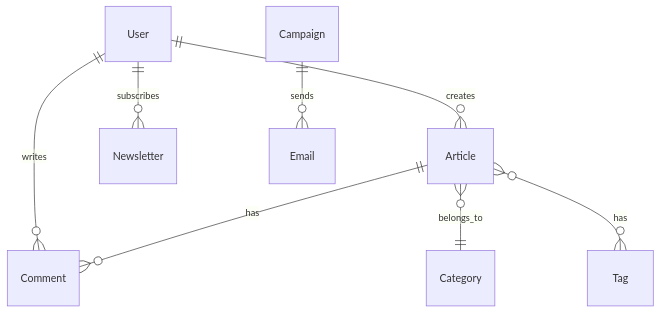
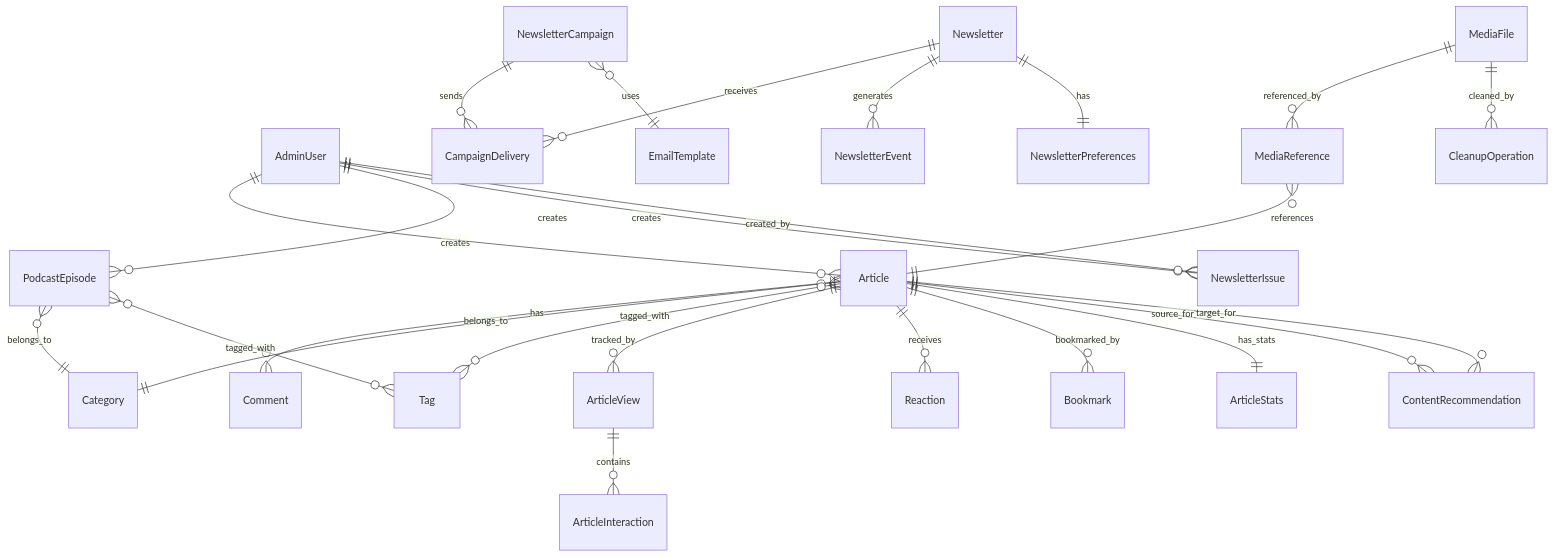
Before and after one commit to timektt/superbear_blog: the first of 3 diagrams in README.md, drawn with Mermaid. The commit also changed other lines of this file and 58 other files, not shown here.

````diff
--- a/README.md
+++ b/README.md
@@ -186,10 +280,40 @@
 ```mermaid
 erDiagram
-    User ||--o{ Article : creates
-    User ||--o{ Comment : writes
+    %% Core Content Models
     Article ||--o{ Comment : has
     Article }o--|| Category : belongs_to
-    Article }o--o{ Tag : has
-    User ||--o{ Newsletter : subscribes
-    Campaign ||--o{ Email : sends
+    Article }o--o{ Tag : tagged_with
+    Article ||--o{ ArticleView : tracked_by
+    Article ||--o{ Reaction : receives
+    Article ||--o{ Bookmark : bookmarked_by
+    
+    %% User & Auth Models
+    AdminUser ||--o{ Article : creates
+    AdminUser ||--o{ PodcastEpisode : creates
+    AdminUser ||--o{ NewsletterIssue : creates
+    
+    %% Newsletter & Campaign System
+    Newsletter ||--o{ CampaignDelivery : receives
+    NewsletterCampaign ||--o{ CampaignDelivery : sends
+    NewsletterCampaign }o--|| EmailTemplate : uses
+    Newsletter ||--o{ NewsletterEvent : generates
+    Newsletter ||--|| NewsletterPreferences : has
+    
+    %% Media Management
+    MediaFile ||--o{ MediaReference : referenced_by
+    MediaReference }o--|| Article : references
+    MediaFile ||--o{ CleanupOperation : cleaned_by
+    
+    %% Analytics & Performance
+    Article ||--|| ArticleStats : has_stats
+    Article ||--o{ ContentRecommendation : source_for
+    Article ||--o{ ContentRecommendation : target_for
+    ArticleView ||--o{ ArticleInteraction : contains
+    
+    %% Podcast System
+    PodcastEpisode }o--|| Category : belongs_to
+    PodcastEpisode }o--o{ Tag : tagged_with
+    
+    %% Newsletter Issues
+    NewsletterIssue }o--|| AdminUser : created_by
 ```
````
